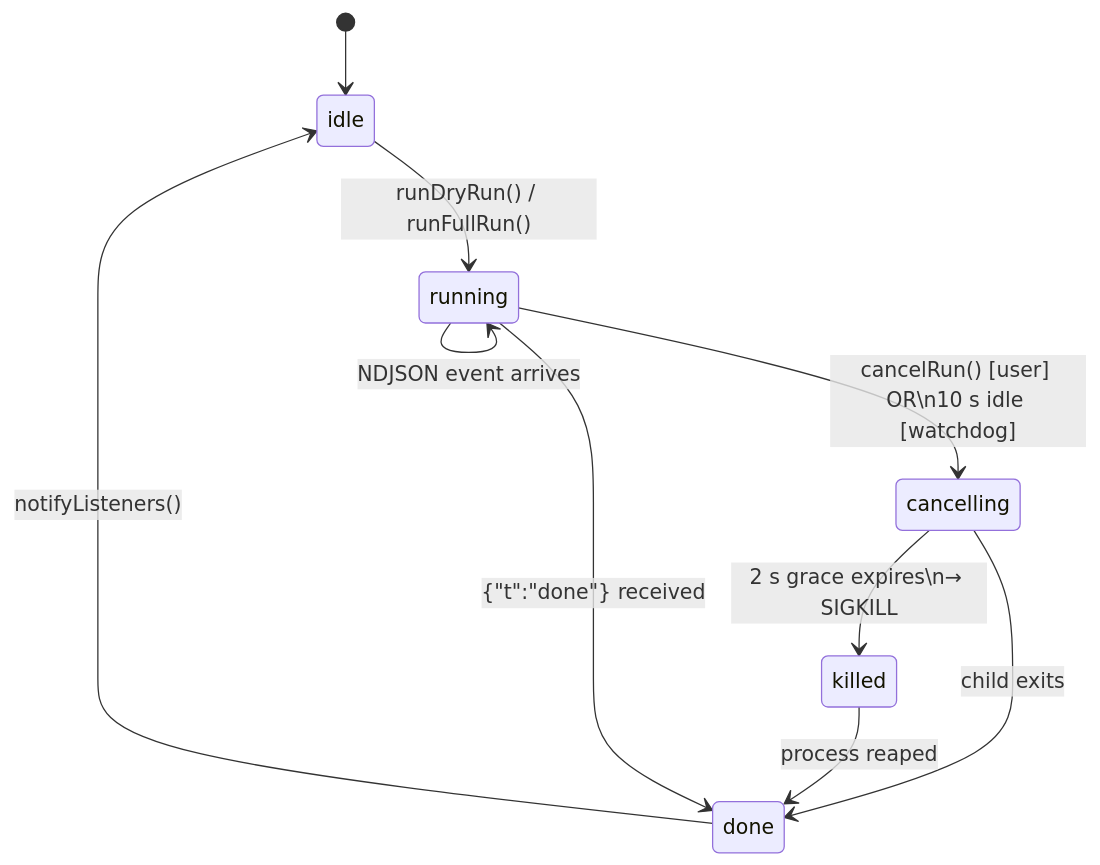
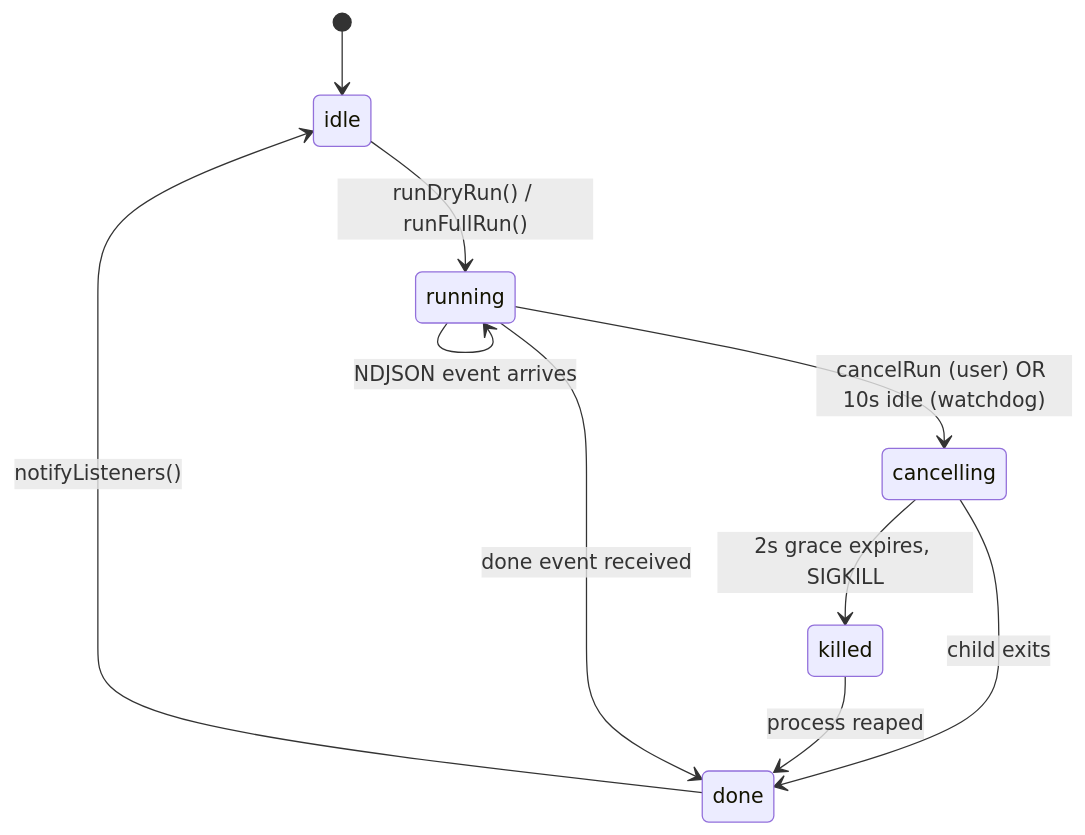
The eighth of 15 diagrams in docs/architecture.md (zaxified/bxp), drawn with Mermaid before and after one commit. The commit also changed other lines of this file, not shown here.

First line of the commit message:
docs: architecture.md — fix mermaid syntax in validation + run-state diagrams

````diff
--- a/docs/architecture.md
+++ b/docs/architecture.md
@@ -544,12 +544,12 @@
 ```mermaid
 stateDiagram-v2
     [*] --> idle
     idle --> running: runDryRun() / runFullRun()
     running --> running: NDJSON event arrives
-    running --> cancelling: cancelRun() [user] OR\n10 s idle [watchdog]
+    running --> cancelling: cancelRun (user) OR 10s idle (watchdog)
     cancelling --> done: child exits
-    cancelling --> killed: 2 s grace expires\n→ SIGKILL
+    cancelling --> killed: 2s grace expires, SIGKILL
     killed --> done: process reaped
-    running --> done: {"t":"done"} received
+    running --> done: done event received
     done --> idle: notifyListeners()
 ```
````
